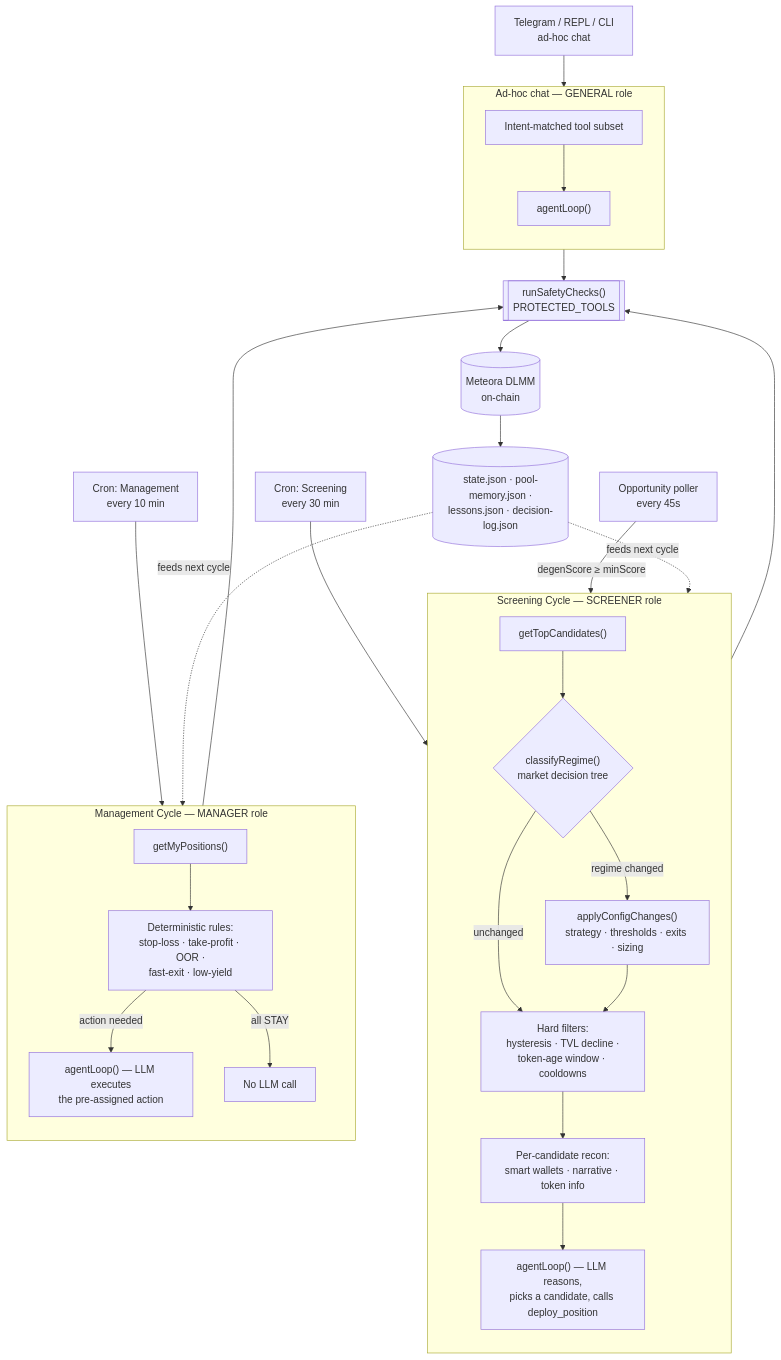
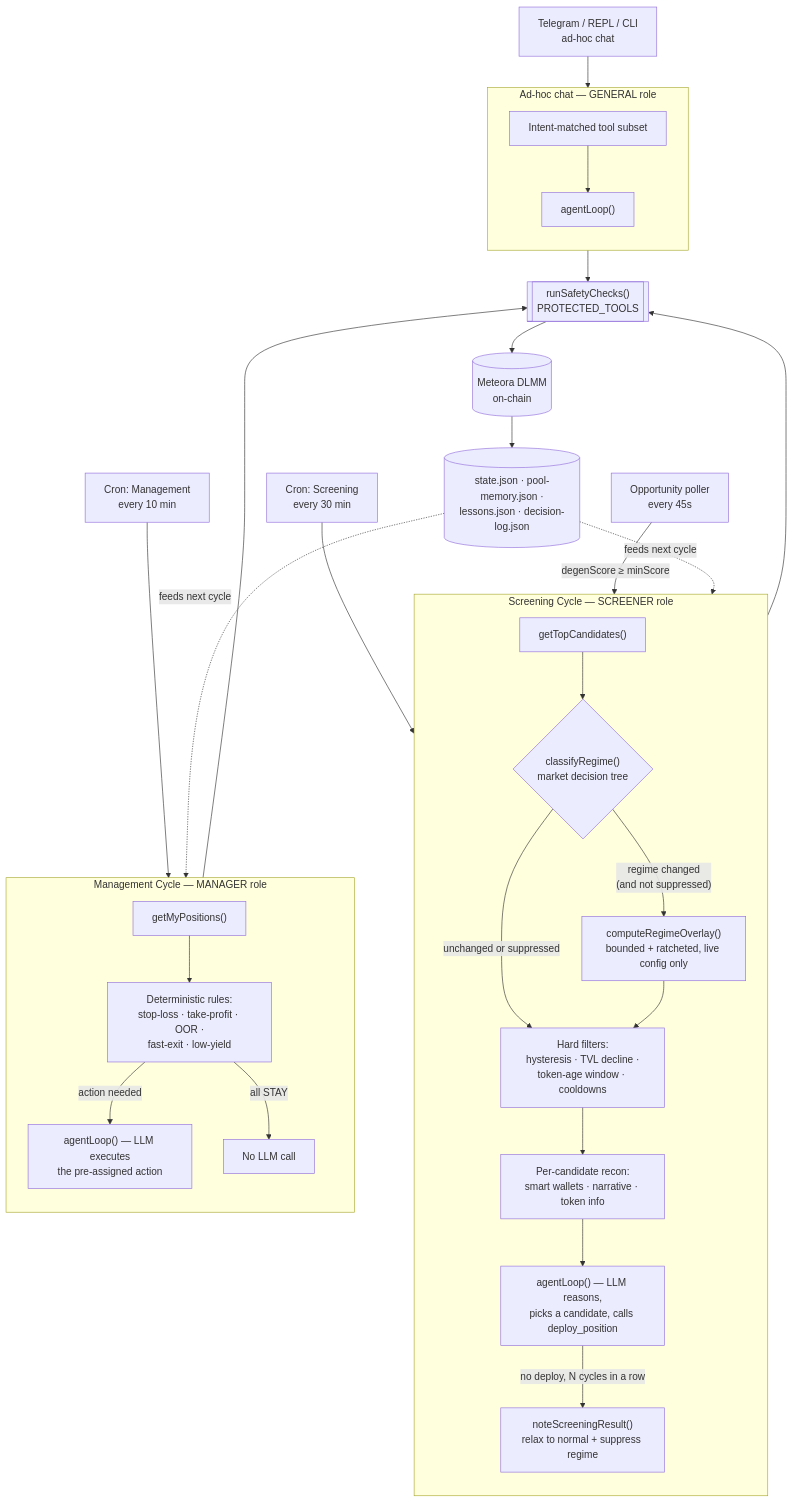
One commit to fahmifachrizal/meridian changed the first of 4 diagrams in README.md. Above: the diagram before and after it, drawn with Mermaid. The commit also changed other lines of this file and 1 other file, not shown here.

First line of the commit message:
Update README for the bounded regime overlay + add pm2:down safe-pull scripts

````diff
--- a/README.md
+++ b/README.md
@@ -664,43 +755,44 @@
 ```mermaid
 flowchart TD
     CRON_S["Cron: Screening<br/>every 30 min"]
     CRON_OPP["Opportunity poller<br/>every 45s"]
     CRON_M["Cron: Management<br/>every 10 min"]
     TG["Telegram / REPL / CLI<br/>ad-hoc chat"]
 
     CRON_S --> S1
     CRON_OPP -->|"degenScore ≥ minScore"| S1
     CRON_M --> M1
     TG --> G1
 
     subgraph SCREEN["Screening Cycle — SCREENER role"]
         direction TB
         S1["getTopCandidates()"] --> S2{"classifyRegime()<br/>market decision tree"}
-        S2 -->|"regime changed"| S3["applyConfigChanges()<br/>strategy · thresholds · exits · sizing"]
-        S2 -->|"unchanged"| S4
+        S2 -->|"regime changed<br/>(and not suppressed)"| S3["computeRegimeOverlay()<br/>bounded + ratcheted, live config only"]
+        S2 -->|"unchanged or suppressed"| S4
         S3 --> S4["Hard filters:<br/>hysteresis · TVL decline ·<br/>token-age window · cooldowns"]
         S4 --> S5["Per-candidate recon:<br/>smart wallets · narrative · token info"]
         S5 --> S6["agentLoop() — LLM reasons,<br/>picks a candidate, calls deploy_position"]
+        S6 -->|"no deploy, N cycles in a row"| S7["noteScreeningResult()<br/>relax to normal + suppress regime"]
     end
 
     subgraph MANAGE["Management Cycle — MANAGER role"]
         direction TB
         M1["getMyPositions()"] --> M2["Deterministic rules:<br/>stop-loss · take-profit · OOR ·<br/>fast-exit · low-yield"]
         M2 -->|"action needed"| M3["agentLoop() — LLM executes<br/>the pre-assigned action"]
         M2 -->|"all STAY"| M4["No LLM call"]
     end
 
     subgraph GENERAL["Ad-hoc chat — GENERAL role"]
         direction TB
         G1["Intent-matched tool subset"] --> G2["agentLoop()"]
     end
 
     S6 --> SAFETY[["runSafetyChecks()<br/>PROTECTED_TOOLS"]]
     M3 --> SAFETY
     G2 --> SAFETY
     SAFETY --> ONCHAIN[("Meteora DLMM<br/>on-chain")]
 
     ONCHAIN --> STATE[("state.json · pool-memory.json ·<br/>lessons.json · decision-log.json")]
     STATE -.->|"feeds next cycle"| S1
     STATE -.->|"feeds next cycle"| M1
 ```
````
